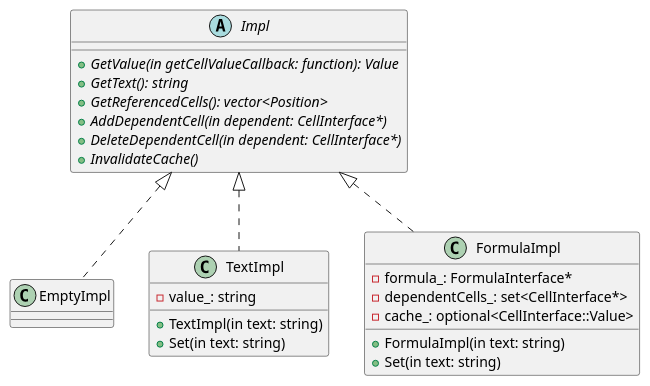
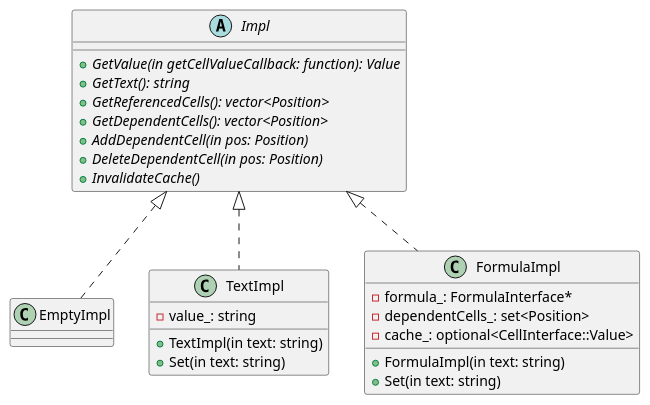
The diagram in uml/cellImpl.puml (kazarynau/YandexPraktikumFinal), drawn with PlantUML before and after one commit. The commit also changed 8 other files, not shown here.

```diff
--- a/uml/cellImpl.puml
+++ b/uml/cellImpl.puml
@@ -2,33 +2,34 @@
 @startuml
 
 abstract class Impl {
     +{abstract} GetValue(in getCellValueCallback: function): Value
     +{abstract} GetText(): string
     +{abstract} GetReferencedCells(): vector<Position>
-    +{abstract} AddDependentCell(in dependent: CellInterface*)
-    +{abstract} DeleteDependentCell(in dependent: CellInterface*)
+    +{abstract} GetDependentCells(): vector<Position>
+    +{abstract} AddDependentCell(in pos: Position)
+    +{abstract} DeleteDependentCell(in pos: Position)
     +{abstract} InvalidateCache()
 }
 
 class EmptyImpl {
 }
 
 class TextImpl {
     +TextImpl(in text: string)
     +Set(in text: string)
     -value_: string
 }
 
 class FormulaImpl {
     +FormulaImpl(in text: string)
     +Set(in text: string)
     -formula_: FormulaInterface*
-    -dependentCells_: set<CellInterface*>
+    -dependentCells_: set<Position>
     -cache_: optional<CellInterface::Value>
 }
 
 class EmptyImpl implements Impl
 class TextImpl implements Impl
 class FormulaImpl implements Impl
 
 @enduml
```
